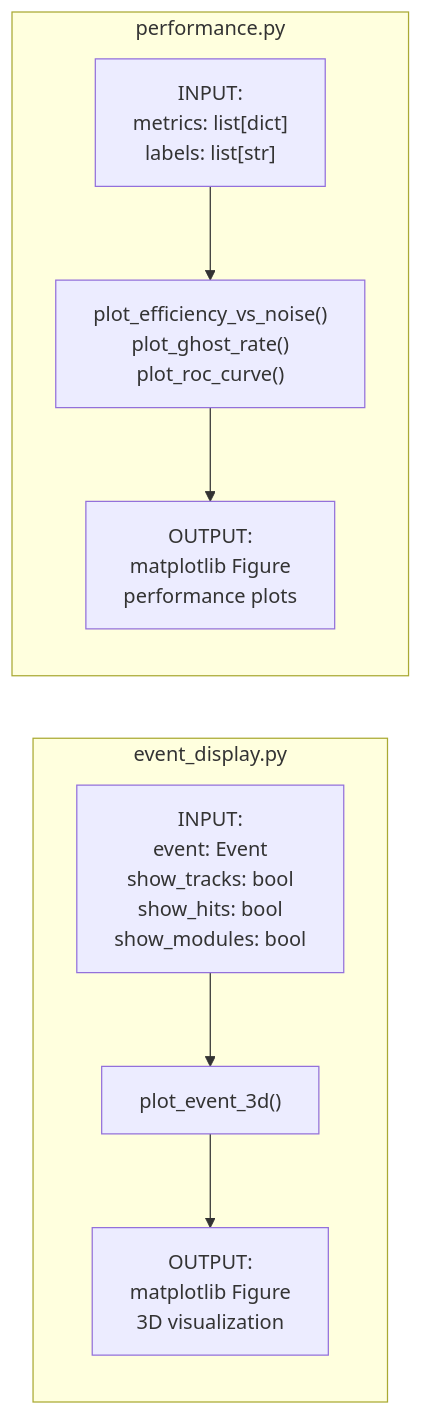
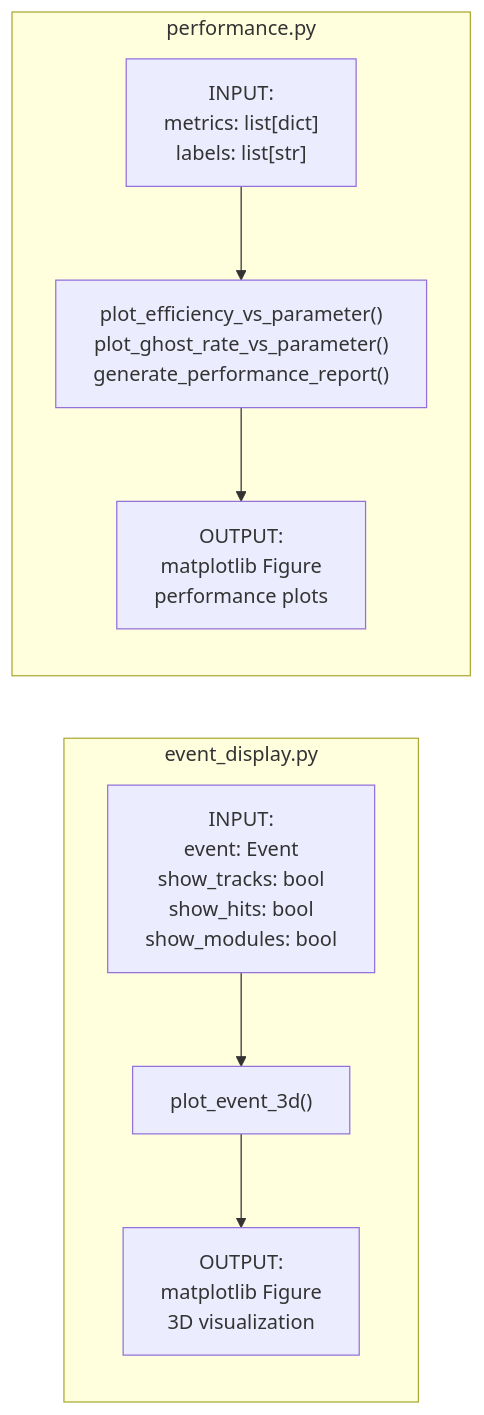
Diagram 12 of 13 in docs/WORKFLOW_OVERVIEW.md (GeorgeWilliam1999/LHCb_VeLo_Toy_Model), drawn with Mermaid before and after one commit. The commit also changed other lines of this file and 14 other files, not shown here.

````diff
--- a/docs/WORKFLOW_OVERVIEW.md
+++ b/docs/WORKFLOW_OVERVIEW.md
@@ -801,16 +804,16 @@
 ```mermaid
 flowchart LR
     subgraph EVENT_DISPLAY["event_display.py"]
         ED_IN["INPUT:<br/>event: Event<br/>show_tracks: bool<br/>show_hits: bool<br/>show_modules: bool"]
         ED_FN["plot_event_3d()"]
         ED_OUT["OUTPUT:<br/>matplotlib Figure<br/>3D visualization"]
         ED_IN --> ED_FN --> ED_OUT
     end
     
     subgraph PERFORMANCE["performance.py"]
         P_IN["INPUT:<br/>metrics: list[dict]<br/>labels: list[str]"]
-        P_FN["plot_efficiency_vs_noise()<br/>plot_ghost_rate()<br/>plot_roc_curve()"]
+        P_FN["plot_efficiency_vs_parameter()<br/>plot_ghost_rate_vs_parameter()<br/>generate_performance_report()"]
         P_OUT["OUTPUT:<br/>matplotlib Figure<br/>performance plots"]
         P_IN --> P_FN --> P_OUT
     end
 ```
````
